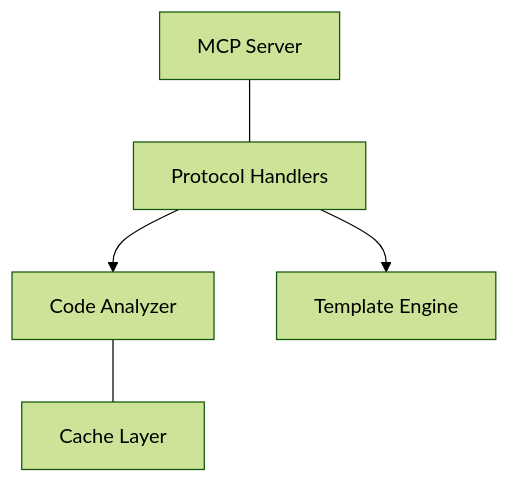
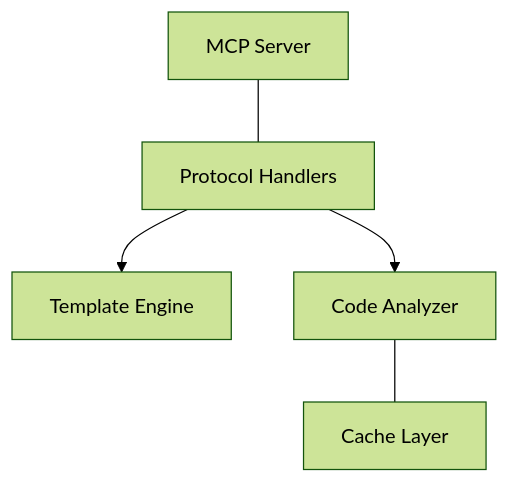
Before and after one commit to paiml/paiml-mcp-agent-toolkit: the diagram in artifacts/mermaid/non-code/simple/architecture-overview.mmd, drawn with Mermaid (forest theme). The commit also changed other lines of this file and 35 other files, not shown here.

```diff
--- a/artifacts/mermaid/non-code/simple/architecture-overview.mmd
+++ b/artifacts/mermaid/non-code/simple/architecture-overview.mmd
@@ -1,11 +1,11 @@
 graph TD
+    templates[Template Engine]
     mcp_server[MCP Server]
+    cache[Cache Layer]
+    handlers[Protocol Handlers]
     analyzer[Code Analyzer]
-    handlers[Protocol Handlers]
-    templates[Template Engine]
-    cache[Cache Layer]
 
     mcp_server --- handlers
     handlers --> analyzer
     handlers --> templates
     analyzer --- cache
```
